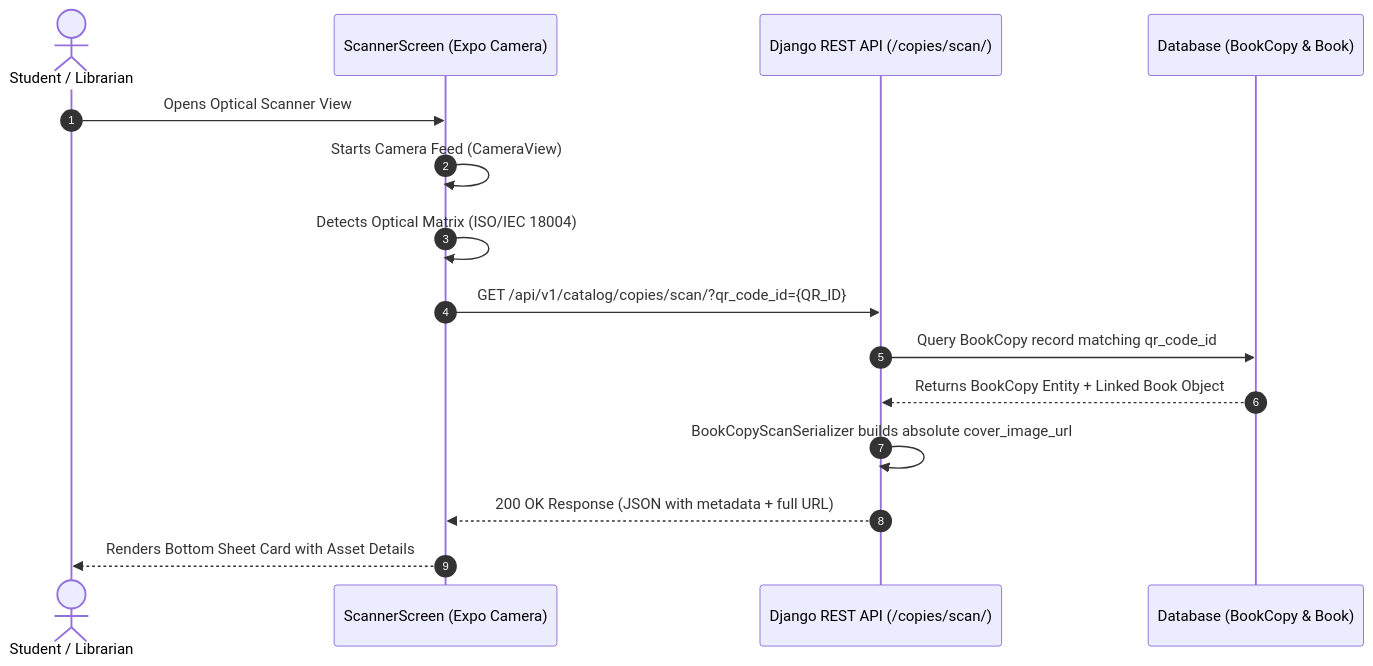
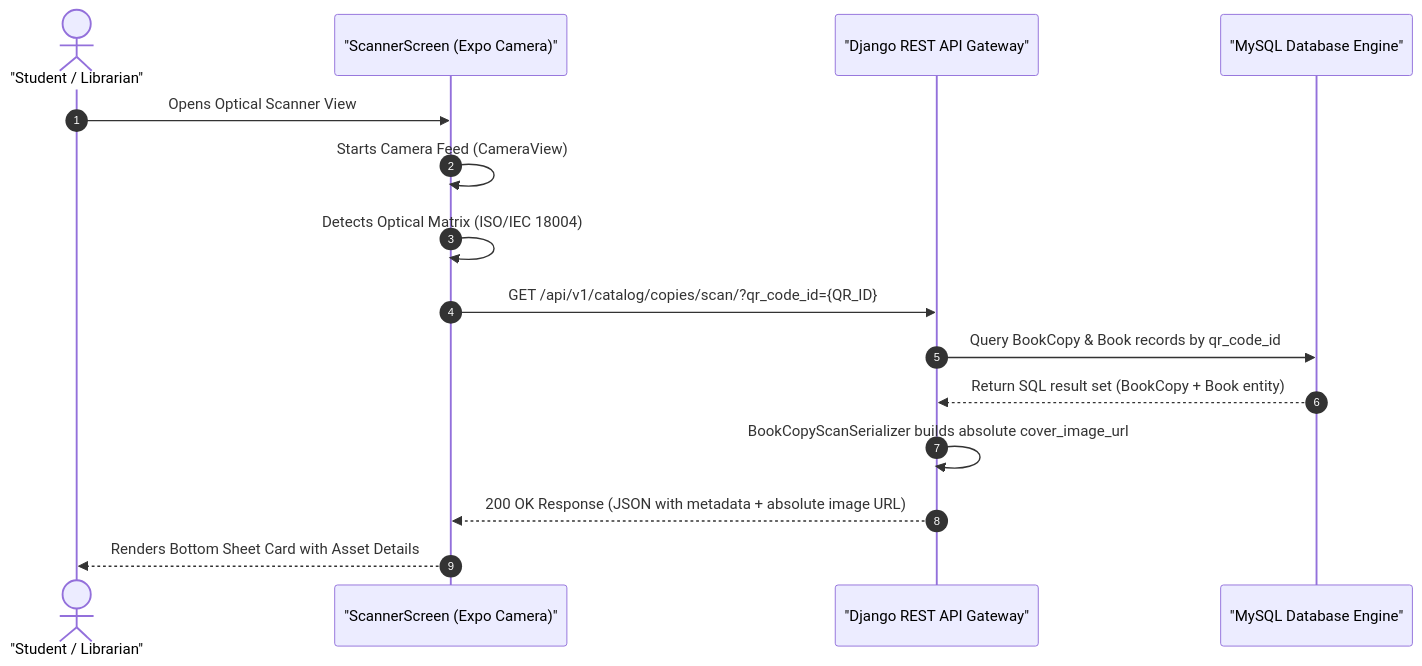
One commit to Versity1/library-backend changed the second of 4 diagrams in README.md. Above: the diagram before and after it, drawn with Mermaid. The commit also changed other lines of this file, not shown here.

````diff
--- a/README.md
+++ b/README.md
@@ -169,18 +171,18 @@
 ```mermaid
 sequenceDiagram
     autonumber
-    actor User as Student / Librarian
-    participant Mobile as ScannerScreen (Expo Camera)
-    participant API as Django REST API (/copies/scan/)
-    participant DB as Database (BookCopy & Book)
+    actor User as "Student / Librarian"
+    participant Mobile as "ScannerScreen (Expo Camera)"
+    participant API as "Django REST API Gateway"
+    participant DB as "MySQL Database Engine"
 
     User->>Mobile: Opens Optical Scanner View
     Mobile->>Mobile: Starts Camera Feed (CameraView)
     Mobile->>Mobile: Detects Optical Matrix (ISO/IEC 18004)
     Mobile->>API: GET /api/v1/catalog/copies/scan/?qr_code_id={QR_ID}
-    API->>DB: Query BookCopy record matching qr_code_id
-    DB-->>API: Returns BookCopy Entity + Linked Book Object
+    API->>DB: Query BookCopy & Book records by qr_code_id
+    DB-->>API: Return SQL result set (BookCopy + Book entity)
     API->>API: BookCopyScanSerializer builds absolute cover_image_url
-    API-->>Mobile: 200 OK Response (JSON with metadata + full URL)
+    API-->>Mobile: 200 OK Response (JSON with metadata + absolute image URL)
     Mobile-->>User: Renders Bottom Sheet Card with Asset Details
 ```
````
